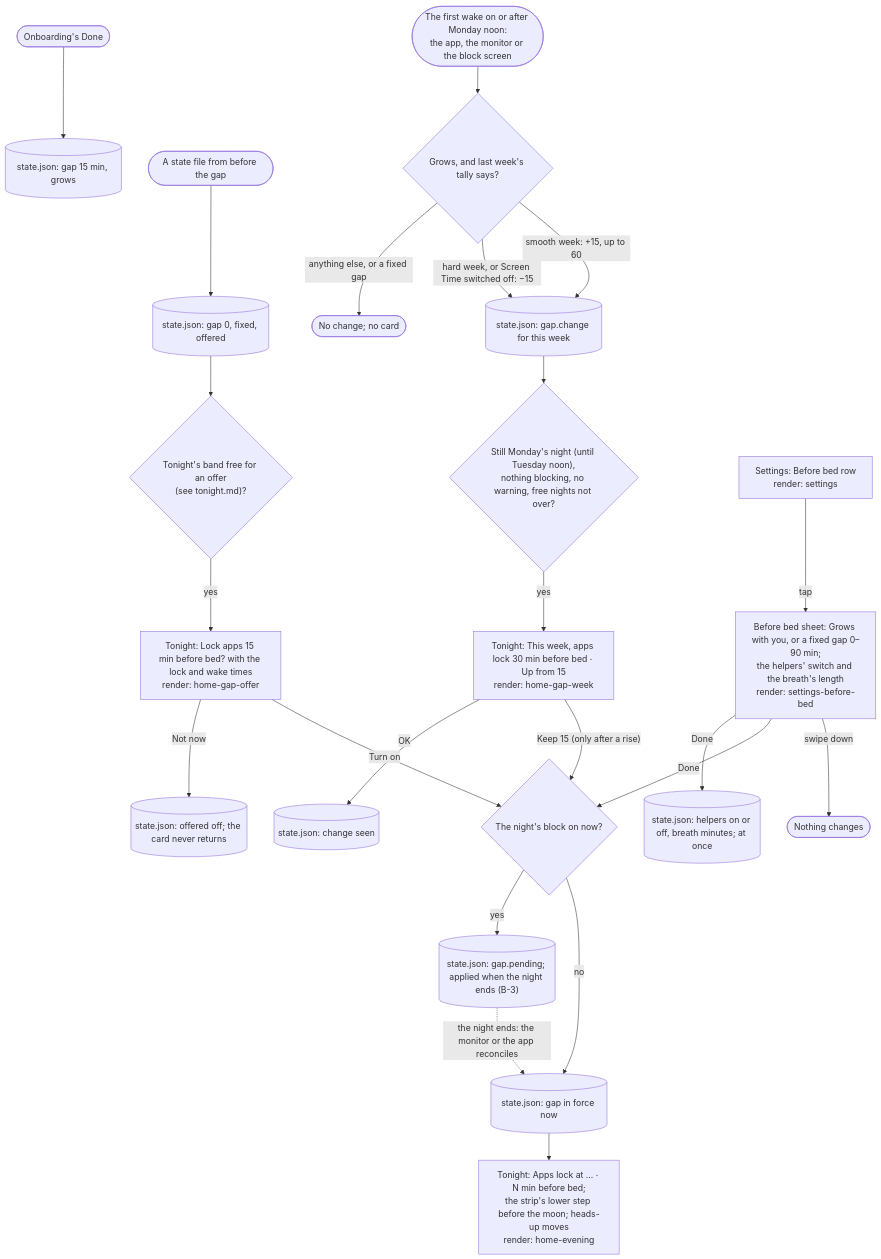
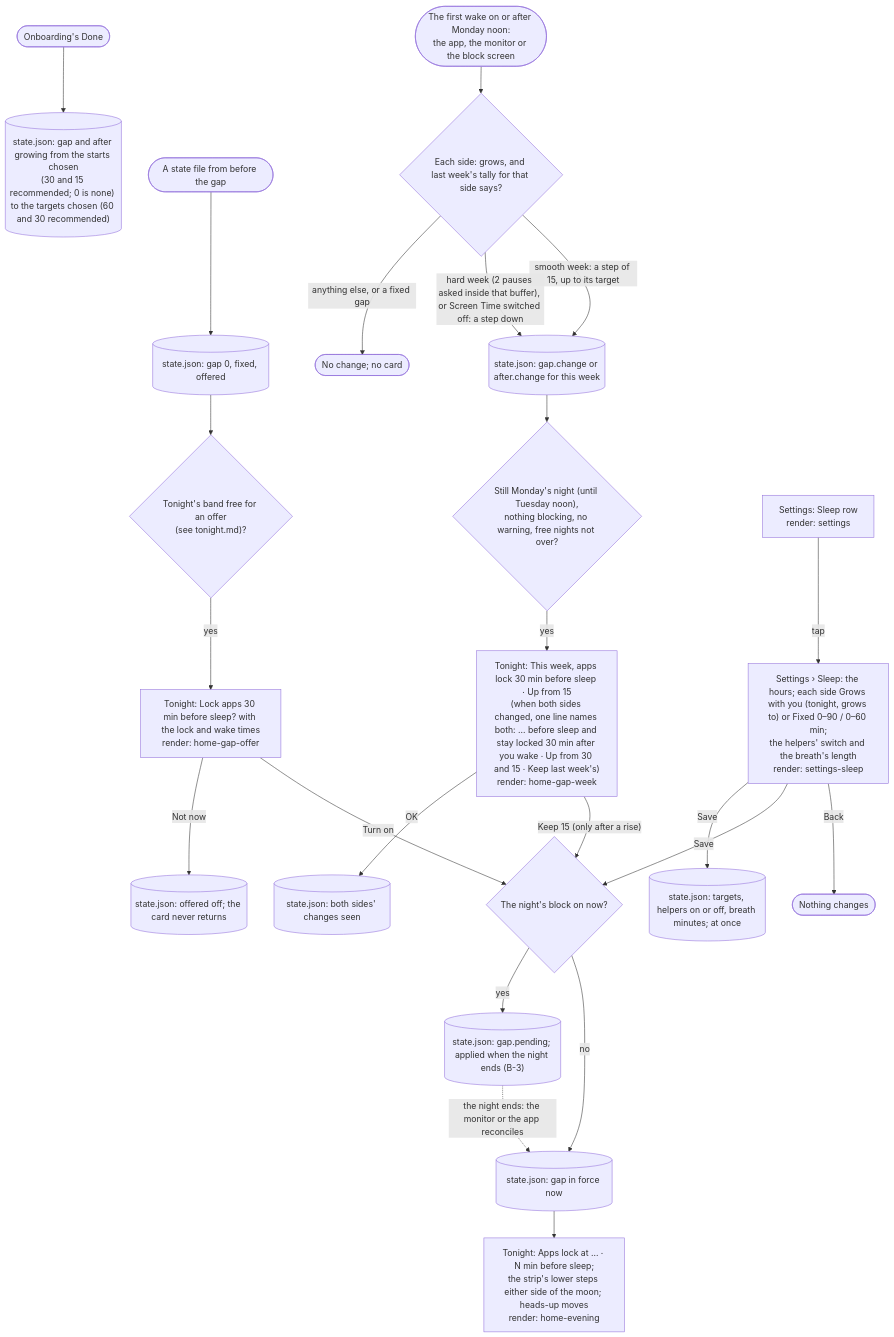
One commit to adit-rah/toll changed the first of 2 diagrams in docs/flows/before-bed.md. Above: the diagram before and after it, drawn with Mermaid. The commit also changed other lines of this file and 106 other files, not shown here.

First line of the commit message:
Onboarding fitted to the person's sleep (D97) (#152)

````diff
--- a/docs/flows/before-bed.md
+++ b/docs/flows/before-bed.md
@@ -11,30 +11,30 @@
 ```mermaid
 flowchart TD
-  newInstall(["Onboarding's Done"]) --> grows15[("state.json: gap 15 min, grows")]
+  newInstall(["Onboarding's Done"]) --> grows15[("state.json: gap and after growing from the starts chosen<br/>(30 and 15 recommended; 0 is none) to the targets chosen (60 and 30 recommended)")]
   olderInstall(["A state file from before the gap"]) --> existing[("state.json: gap 0, fixed, offered")]
   existing --> offerCheck{"Tonight's band free for an offer<br/>(see tonight.md)?"}
-  offerCheck -->|"yes"| offerCard["Tonight: Lock apps 15 min before bed? with the lock and wake times<br/>render: home-gap-offer"]
+  offerCheck -->|"yes"| offerCard["Tonight: Lock apps 30 min before sleep? with the lock and wake times<br/>render: home-gap-offer"]
   offerCard -->|"Turn on"| setGap
   offerCard -->|"Not now"| offerGone[("state.json: offered off; the card never returns")]
 
-  monday(["The first wake on or after Monday noon:<br/>the app, the monitor or the block screen"]) --> judge{"Grows, and last week's tally says?"}
-  judge -->|"smooth week: +15, up to 60"| changed[("state.json: gap.change for this week")]
-  judge -->|"hard week, or Screen Time switched off: −15"| changed
+  monday(["The first wake on or after Monday noon:<br/>the app, the monitor or the block screen"]) --> judge{"Each side: grows, and last week's tally for that side says?"}
+  judge -->|"smooth week: a step of 15, up to its target"| changed[("state.json: gap.change or after.change for this week")]
+  judge -->|"hard week (2 pauses asked inside that buffer), or Screen Time switched off: a step down"| changed
   judge -->|"anything else, or a fixed gap"| hold(["No change; no card"])
   changed --> weekCard{"Still Monday's night (until Tuesday noon),<br/>nothing blocking, no warning, free nights not over?"}
-  weekCard -->|"yes"| gapWeek["Tonight: This week, apps lock 30 min before bed · Up from 15<br/>render: home-gap-week"]
+  weekCard -->|"yes"| gapWeek["Tonight: This week, apps lock 30 min before sleep · Up from 15<br/>(when both sides changed, one line names both: … before sleep and stay locked 30 min after you wake · Up from 30 and 15 · Keep last week's)<br/>render: home-gap-week"]
   gapWeek -->|"Keep 15 (only after a rise)"| setGap
-  gapWeek -->|"OK"| seen[("state.json: change seen")]
+  gapWeek -->|"OK"| seen[("state.json: both sides' changes seen")]
 
-  settings["Settings: Before bed row<br/>render: settings"]
-  settings -->|"tap"| sheet["Before bed sheet: Grows with you, or a fixed gap 0–90 min;<br/>the helpers' switch and the breath's length<br/>render: settings-before-bed"]
-  sheet -->|"swipe down"| unchanged(["Nothing changes"])
-  sheet -->|"Done"| setGap
-  sheet -->|"Done"| helpersNow[("state.json: helpers on or off, breath minutes; at once")]
+  settings["Settings: Sleep row<br/>render: settings"]
+  settings -->|"tap"| sheet["Settings › Sleep: the hours; each side Grows with you (tonight, grows to) or Fixed 0–90 / 0–60 min;<br/>the helpers' switch and the breath's length<br/>render: settings-sleep"]
+  sheet -->|"Back"| unchanged(["Nothing changes"])
+  sheet -->|"Save"| setGap
+  sheet -->|"Save"| helpersNow[("state.json: targets, helpers on or off, breath minutes; at once")]
 
   setGap{"The night's block on now?"}
   setGap -->|"no"| applyNow[("state.json: gap in force now")]
   setGap -->|"yes"| held[("state.json: gap.pending; applied when the night ends (B-3)")]
-  applyNow --> lockMoves["Tonight: Apps lock at … · N min before bed;<br/>the strip's lower step before the moon; heads-up moves<br/>render: home-evening"]
+  applyNow --> lockMoves["Tonight: Apps lock at … · N min before sleep;<br/>the strip's lower steps either side of the moon; heads-up moves<br/>render: home-evening"]
   held -.->|"the night ends: the monitor or the app reconciles"| applyNow
 ```
````
